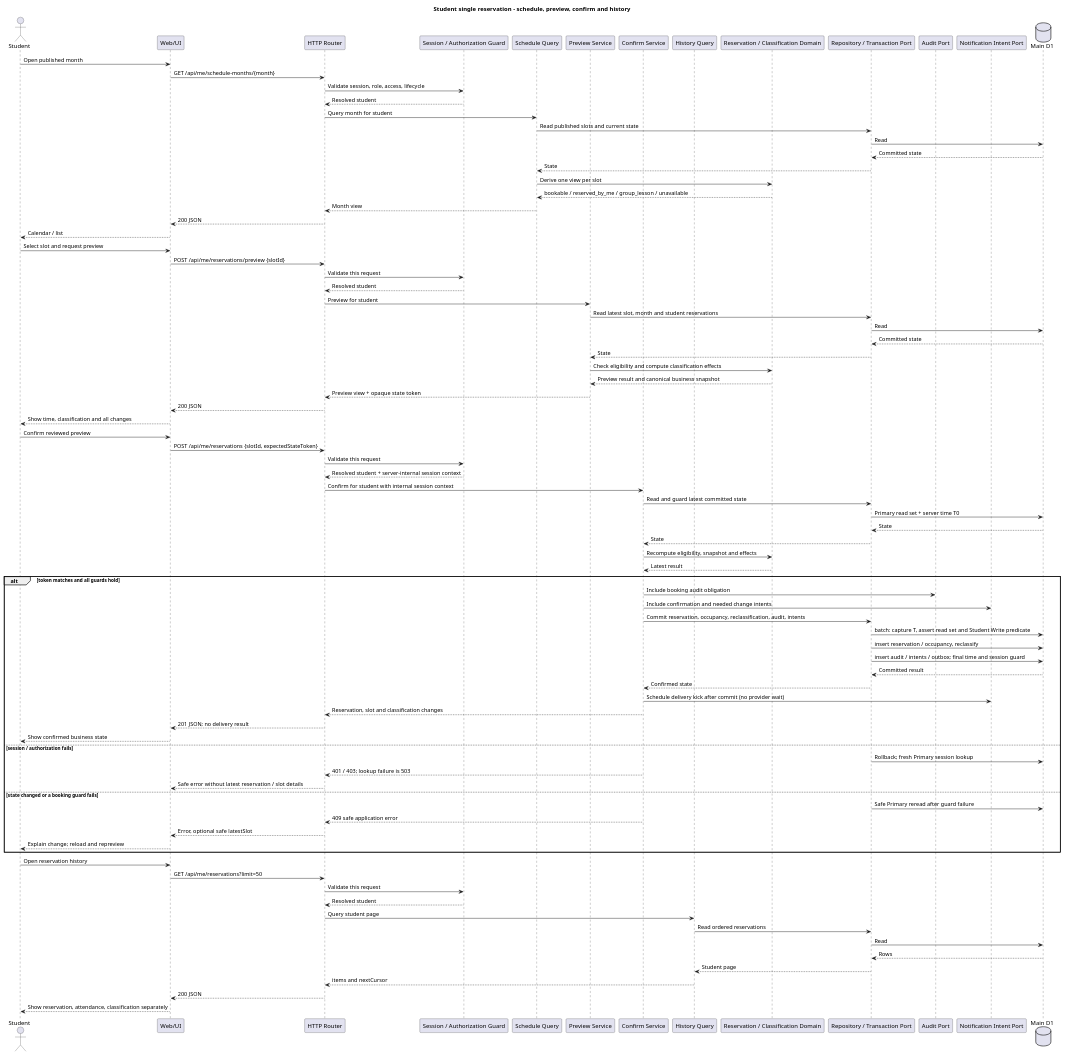
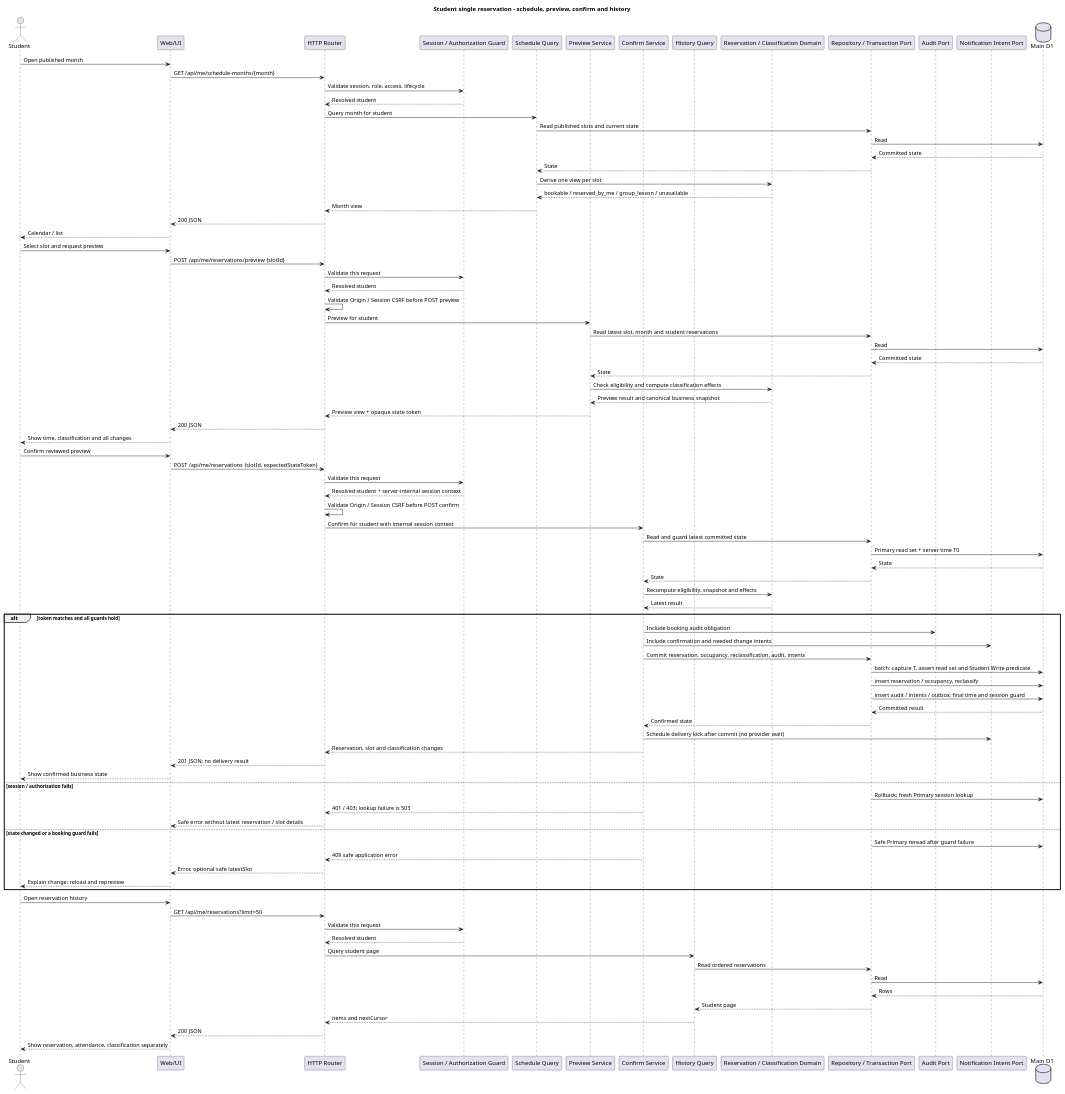
One commit to suzukure/nssscdl changed the diagram in docs/diagrams/plantuml/student-reservation-sequence.puml. Above: the diagram before and after it, drawn with PlantUML. The commit also changed 13 other files, not shown here.

First line of the commit message:
[詳細設計] 生徒認証HTTP・Cookie/CSRF・Provider Flow契約を確定する（linear recovery） (#855)

```diff
--- a/docs/diagrams/plantuml/student-reservation-sequence.puml
+++ b/docs/diagrams/plantuml/student-reservation-sequence.puml
@@ -1,96 +1,98 @@
 @startuml
 title Student single reservation - schedule, preview, confirm and history
 
 actor Student
 participant "Web/UI" as UI
 participant "HTTP Router" as HTTP
 participant "Session / Authorization Guard" as Guard
 participant "Schedule Query" as Schedule
 participant "Preview Service" as Preview
 participant "Confirm Service" as Confirm
 participant "History Query" as History
 participant "Reservation / Classification Domain" as Domain
 participant "Repository / Transaction Port" as Repo
 participant "Audit Port" as Audit
 participant "Notification Intent Port" as Intent
 database "Main D1" as D1
 
 Student -> UI: Open published month
 UI -> HTTP: GET /api/me/schedule-months/{month}
 HTTP -> Guard: Validate session, role, access, lifecycle
 Guard --> HTTP: Resolved student
 HTTP -> Schedule: Query month for student
 Schedule -> Repo: Read published slots and current state
 Repo -> D1: Read
 D1 --> Repo: Committed state
 Repo --> Schedule: State
 Schedule -> Domain: Derive one view per slot
 Domain --> Schedule: bookable / reserved_by_me / group_lesson / unavailable
 Schedule --> HTTP: Month view
 HTTP --> UI: 200 JSON
 UI --> Student: Calendar / list
 
 Student -> UI: Select slot and request preview
 UI -> HTTP: POST /api/me/reservations/preview {slotId}
 HTTP -> Guard: Validate this request
 Guard --> HTTP: Resolved student
+HTTP -> HTTP: Validate Origin / Session CSRF before POST preview
 HTTP -> Preview: Preview for student
 Preview -> Repo: Read latest slot, month and student reservations
 Repo -> D1: Read
 D1 --> Repo: Committed state
 Repo --> Preview: State
 Preview -> Domain: Check eligibility and compute classification effects
 Domain --> Preview: Preview result and canonical business snapshot
 Preview --> HTTP: Preview view + opaque state token
 HTTP --> UI: 200 JSON
 UI --> Student: Show time, classification and all changes
 
 Student -> UI: Confirm reviewed preview
 UI -> HTTP: POST /api/me/reservations {slotId, expectedStateToken}
 HTTP -> Guard: Validate this request
 Guard --> HTTP: Resolved student + server-internal session context
+HTTP -> HTTP: Validate Origin / Session CSRF before POST confirm
 HTTP -> Confirm: Confirm for student with internal session context
 Confirm -> Repo: Read and guard latest committed state
 Repo -> D1: Primary read set + server time T0
 D1 --> Repo: State
 Repo --> Confirm: State
 Confirm -> Domain: Recompute eligibility, snapshot and effects
 Domain --> Confirm: Latest result
 alt token matches and all guards hold
   Confirm -> Audit: Include booking audit obligation
   Confirm -> Intent: Include confirmation and needed change intents
   Confirm -> Repo: Commit reservation, occupancy, reclassification, audit, intents
   Repo -> D1: batch: capture T, assert read set and Student Write predicate
   Repo -> D1: insert reservation / occupancy, reclassify
   Repo -> D1: insert audit / intents / outbox; final time and session guard
   D1 --> Repo: Committed result
   Repo --> Confirm: Confirmed state
   Confirm -> Intent: Schedule delivery kick after commit (no provider wait)
   Confirm --> HTTP: Reservation, slot and classification changes
   HTTP --> UI: 201 JSON; no delivery result
   UI --> Student: Show confirmed business state
 else session / authorization fails
   Repo -> D1: Rollback; fresh Primary session lookup
   Confirm --> HTTP: 401 / 403; lookup failure is 503
   HTTP --> UI: Safe error without latest reservation / slot details
 else state changed or a booking guard fails
   Repo -> D1: Safe Primary reread after guard failure
   Confirm --> HTTP: 409 safe application error
   HTTP --> UI: Error, optional safe latestSlot
   UI --> Student: Explain change; reload and repreview
 end
 
 Student -> UI: Open reservation history
 UI -> HTTP: GET /api/me/reservations?limit=50
 HTTP -> Guard: Validate this request
 Guard --> HTTP: Resolved student
 HTTP -> History: Query student page
 History -> Repo: Read ordered reservations
 Repo -> D1: Read
 D1 --> Repo: Rows
 Repo --> History: Student page
 History --> HTTP: items and nextCursor
 HTTP --> UI: 200 JSON
 UI --> Student: Show reservation, attendance, classification separately
 
 @enduml
```
